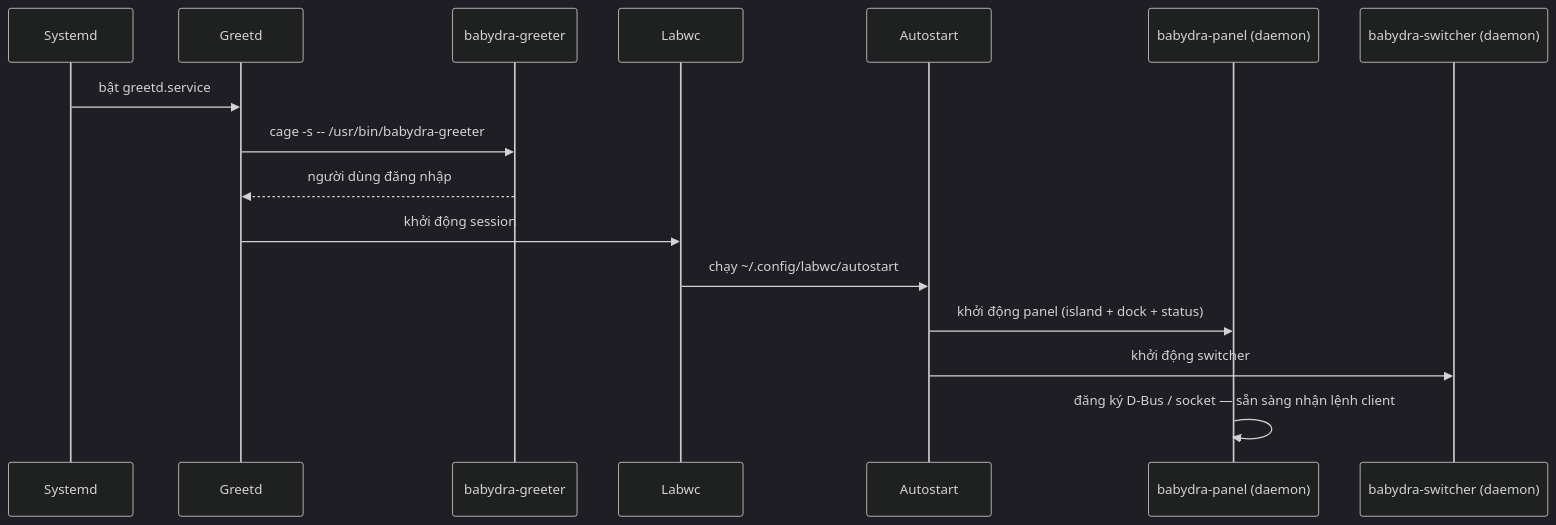
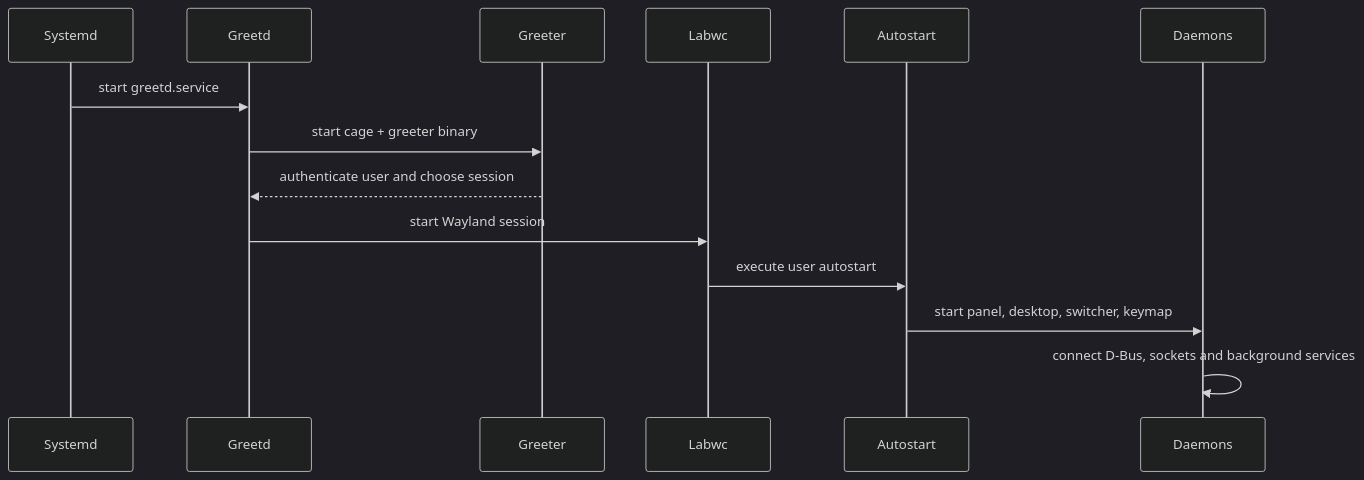
The first of 2 diagrams in docs/06-system-flows.md (i4104-vn/BabyDra), drawn with Mermaid (dark theme) before and after one commit. The commit also changed other lines of this file and 45 other files, not shown here.

````diff
--- a/docs/06-system-flows.md
+++ b/docs/06-system-flows.md
@@ -11,19 +9,17 @@
 ```mermaid
 sequenceDiagram
     participant Systemd
     participant Greetd
-    participant Greeter as babydra-greeter
+    participant Greeter
     participant Labwc
     participant Autostart
-    participant Panel as babydra-panel (daemon)
-    participant Switcher as babydra-switcher (daemon)
+    participant Daemons
 
-    Systemd->>Greetd: bật greetd.service
-    Greetd->>Greeter: cage -s -- /usr/bin/babydra-greeter
-    Greeter-->>Greetd: người dùng đăng nhập
-    Greetd->>Labwc: khởi động session
-    Labwc->>Autostart: chạy ~/.config/labwc/autostart
-    Autostart->>Panel: khởi động panel (island + dock + status)
-    Autostart->>Switcher: khởi động switcher
-    Panel->>Panel: đăng ký D-Bus / socket — sẵn sàng nhận lệnh client
+    Systemd->>Greetd: start greetd.service
+    Greetd->>Greeter: start cage + greeter binary
+    Greeter-->>Greetd: authenticate user and choose session
+    Greetd->>Labwc: start Wayland session
+    Labwc->>Autostart: execute user autostart
+    Autostart->>Daemons: start panel, desktop, switcher, keymap
+    Daemons->>Daemons: connect D-Bus, sockets and background services
 ```
````
